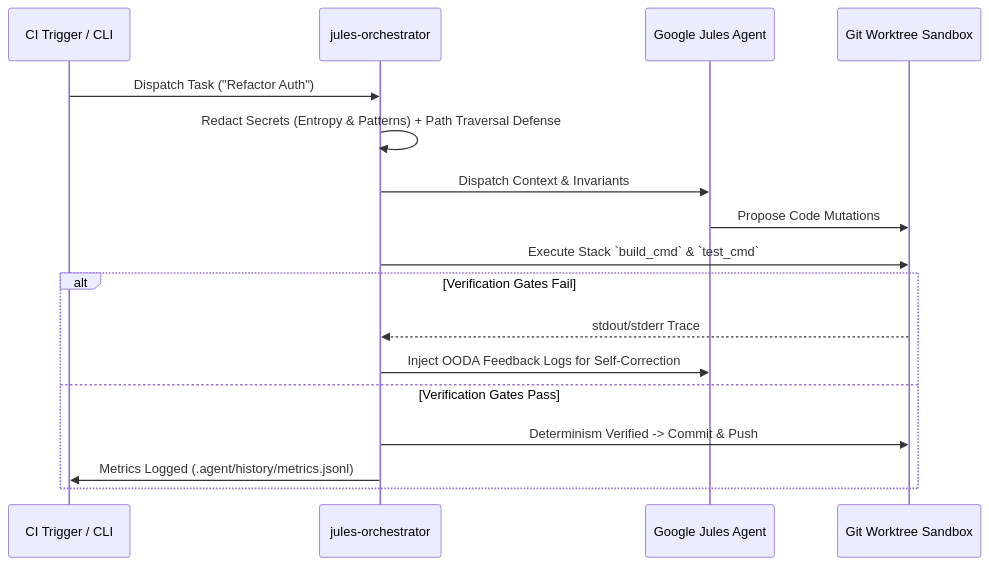
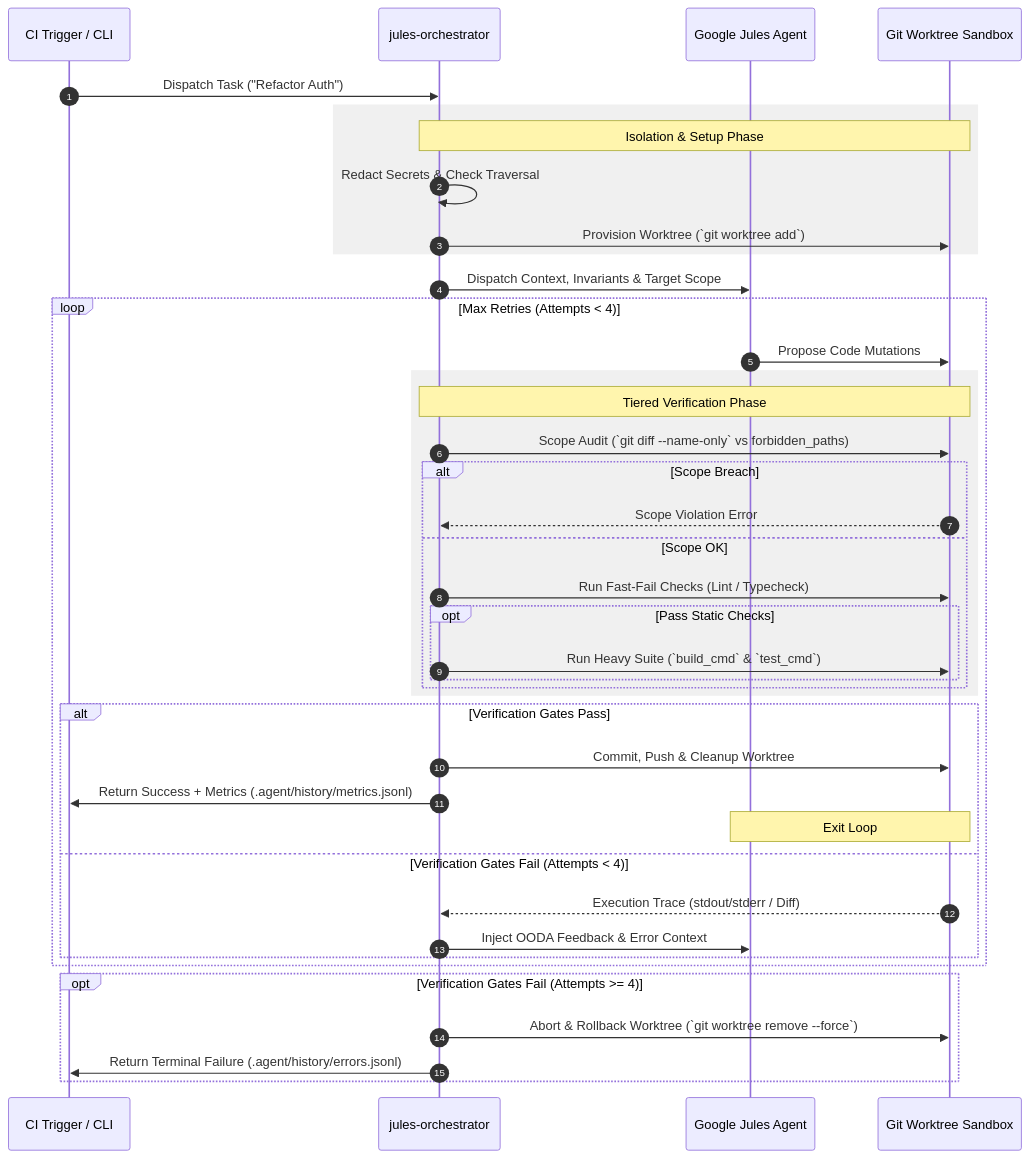
Before and after one commit to FullThrottle83/jules-orchestrator-kit: the diagram in README.md, drawn with Mermaid. The commit also changed 1 other file, not shown here.

Commit message:
docs: update sequence diagram with tiered verification and worktree lifecycle and bump to v0.2.4

````diff
--- a/README.md
+++ b/README.md
@@ -28,20 +28,49 @@
 ```mermaid
 sequenceDiagram
+    autonumber
     participant CLI as CI Trigger / CLI
     participant Orc as jules-orchestrator
     participant Jules as Google Jules Agent
     participant Git as Git Worktree Sandbox
 
     CLI->>Orc: Dispatch Task ("Refactor Auth")
-    Orc->>Orc: Redact Secrets (Entropy & Patterns) + Path Traversal Defense
-    Orc->>Jules: Dispatch Context & Invariants
-    Jules->>Git: Propose Code Mutations
-    Orc->>Git: Execute Stack `build_cmd` & `test_cmd`
-    alt Verification Gates Fail
-        Git-->>Orc: stdout/stderr Trace
-        Orc->>Jules: Inject OODA Feedback Logs for Self-Correction
-    else Verification Gates Pass
-        Orc->>Git: Determinism Verified -> Commit & Push
-        Orc->>CLI: Metrics Logged (.agent/history/metrics.jsonl)
+    
+    rect rgb(240, 240, 240)
+        note over Orc,Git: Isolation & Setup Phase
+        Orc->>Orc: Redact Secrets & Check Traversal
+        Orc->>Git: Provision Worktree (`git worktree add`)
+    end
+
+    Orc->>Jules: Dispatch Context, Invariants & Target Scope
+
+    loop Max Retries (Attempts < 4)
+        Jules->>Git: Propose Code Mutations
+        
+        rect rgb(240, 240, 240)
+            note over Orc,Git: Tiered Verification Phase
+            Orc->>Git: Scope Audit (`git diff --name-only` vs forbidden_paths)
+            alt Scope Breach
+                Git-->>Orc: Scope Violation Error
+            else Scope OK
+                Orc->>Git: Run Fast-Fail Checks (Lint / Typecheck)
+                opt Pass Static Checks
+                    Orc->>Git: Run Heavy Suite (`build_cmd` & `test_cmd`)
+                end
+            end
+        end
+
+        alt Verification Gates Pass
+            Orc->>Git: Commit, Push & Cleanup Worktree
+            Orc->>CLI: Return Success + Metrics (.agent/history/metrics.jsonl)
+            note over Jules,Git: Exit Loop
+        else Verification Gates Fail (Attempts < 4)
+            Git-->>Orc: Execution Trace (stdout/stderr / Diff)
+            Orc->>Jules: Inject OODA Feedback & Error Context
+        end
+    end
+
+    opt Verification Gates Fail (Attempts >= 4)
+        Orc->>Git: Abort & Rollback Worktree (`git worktree remove --force`)
+        Orc->>CLI: Return Terminal Failure (.agent/history/errors.jsonl)
     end
 ```
````
